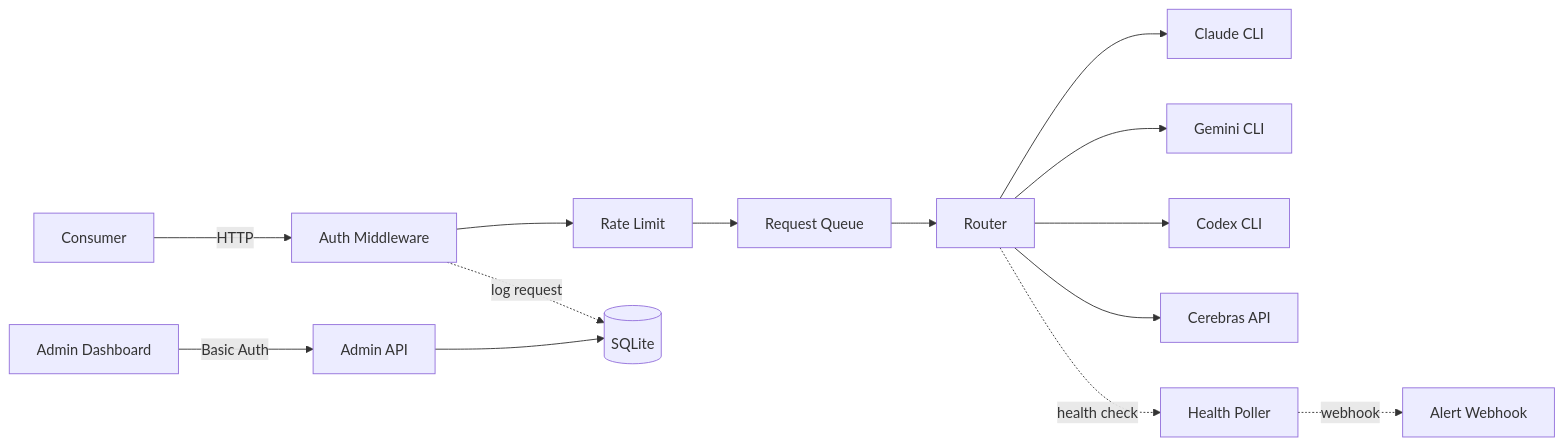
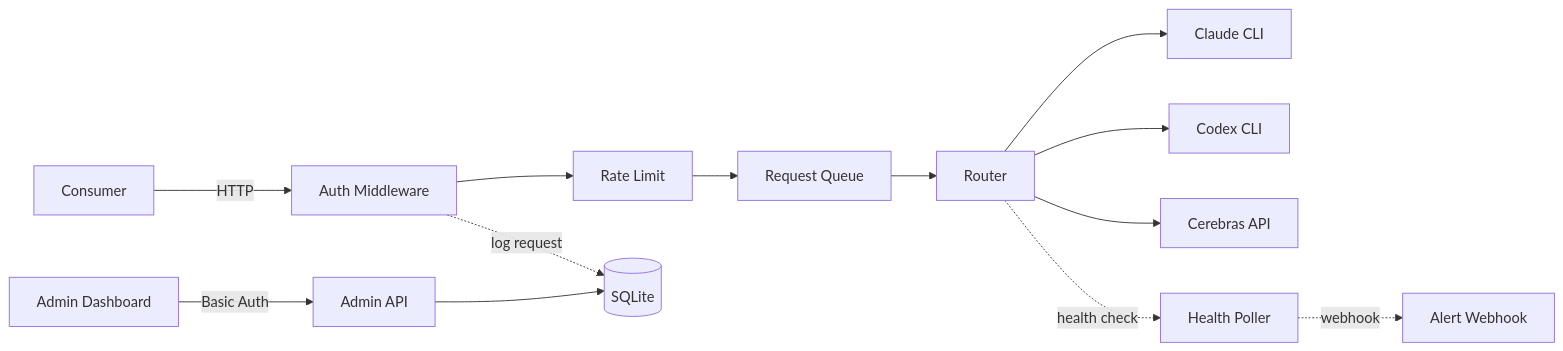
Before and after one commit to rodacato/SheLLM: the diagram in README.md, drawn with Mermaid. The commit also changed other lines of this file and 37 other files, not shown here.

````diff
--- a/README.md
+++ b/README.md
@@ -194,17 +193,16 @@
 ```mermaid
 graph LR
     Consumer -->|HTTP| Auth[Auth Middleware]
     Auth --> RateLimit[Rate Limit]
     RateLimit --> Queue[Request Queue]
     Queue --> Router
     Router --> Claude[Claude CLI]
-    Router --> Gemini[Gemini CLI]
     Router --> Codex[Codex CLI]
     Router --> Cerebras[Cerebras API]
     Router -.->|health check| Health[Health Poller]
 
     Admin[Admin Dashboard] -->|Basic Auth| AdminAPI[Admin API]
     AdminAPI --> SQLite[(SQLite)]
     Auth -.->|log request| SQLite
     Health -.->|webhook| Alert[Alert Webhook]
 ```
````
